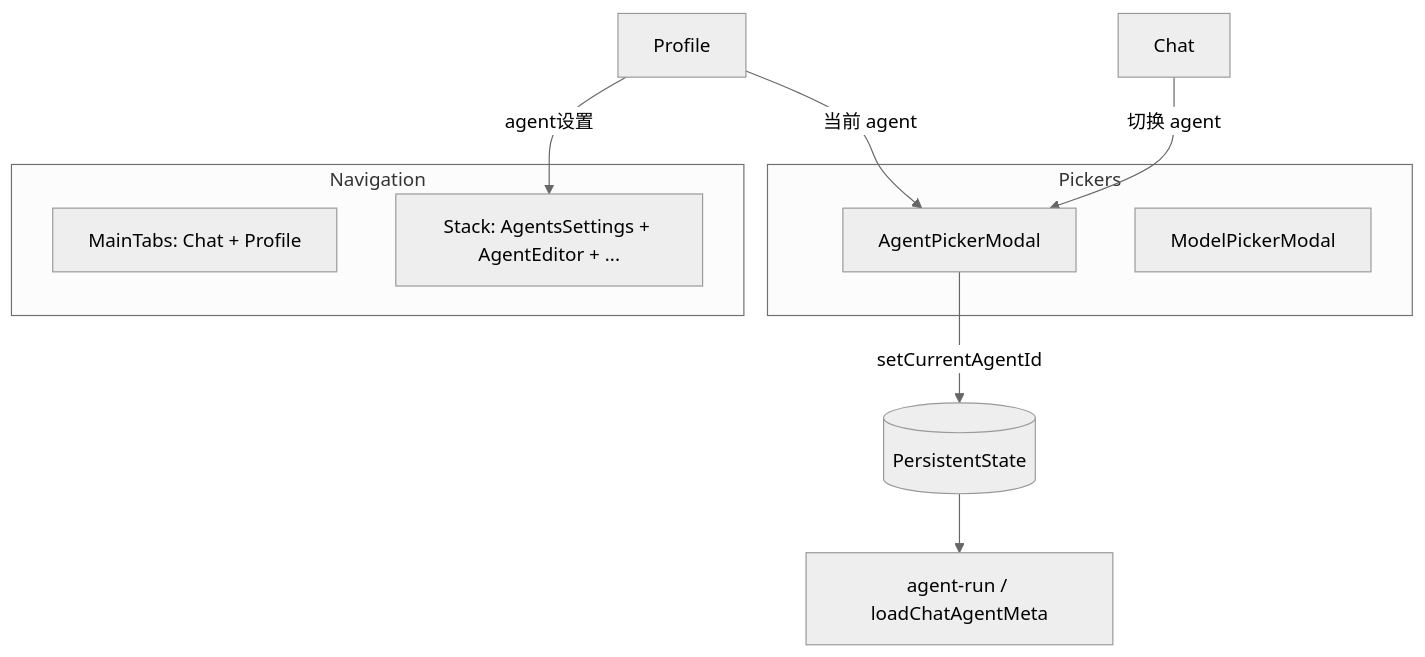
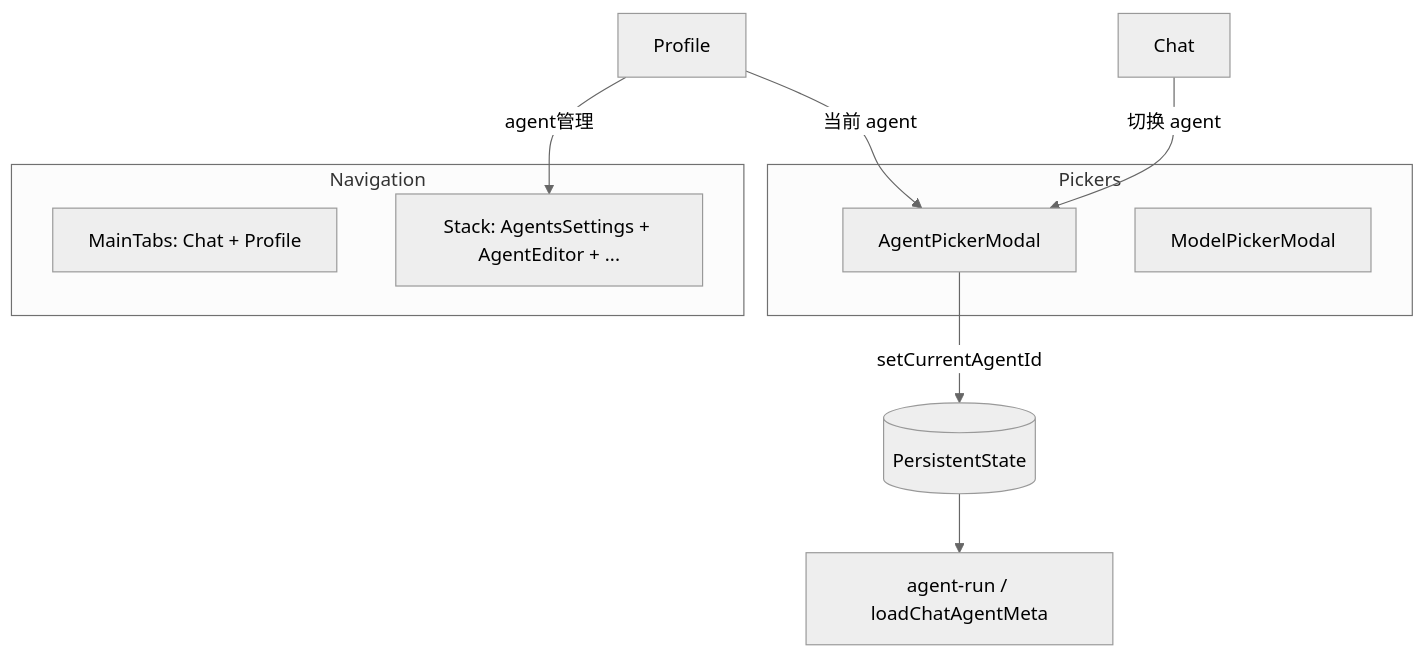
Before and after one commit to bloodycrownD/novel-master: the second of 2 diagrams in .apm/kb/docs/Iterations/mobile-agent-nav-refactor/spec.md, drawn with Mermaid (neutral theme). The commit also changed other lines of this file and 6 other files, not shown here.

Commit message:
chore(mobile): rename agent设置 to agent管理 in UI copy

````diff
--- a/.apm/kb/docs/Iterations/mobile-agent-nav-refactor/spec.md
+++ b/.apm/kb/docs/Iterations/mobile-agent-nav-refactor/spec.md
@@ -100,16 +100,16 @@
 ```mermaid
 flowchart TB
   subgraph nav [Navigation]
     Tabs[MainTabs: Chat + Profile]
     Stack[Stack: AgentsSettings + AgentEditor + ...]
   end
   subgraph pickers [Pickers]
     AP[AgentPickerModal]
     MP[ModelPickerModal]
   end
-  Profile -->|agent设置| Stack
+  Profile -->|agent管理| Stack
   Profile -->|当前 agent| AP
   Chat -->|切换 agent| AP
   AP -->|setCurrentAgentId| PS[(PersistentState)]
   PS --> Run[agent-run / loadChatAgentMeta]
 ```
````
